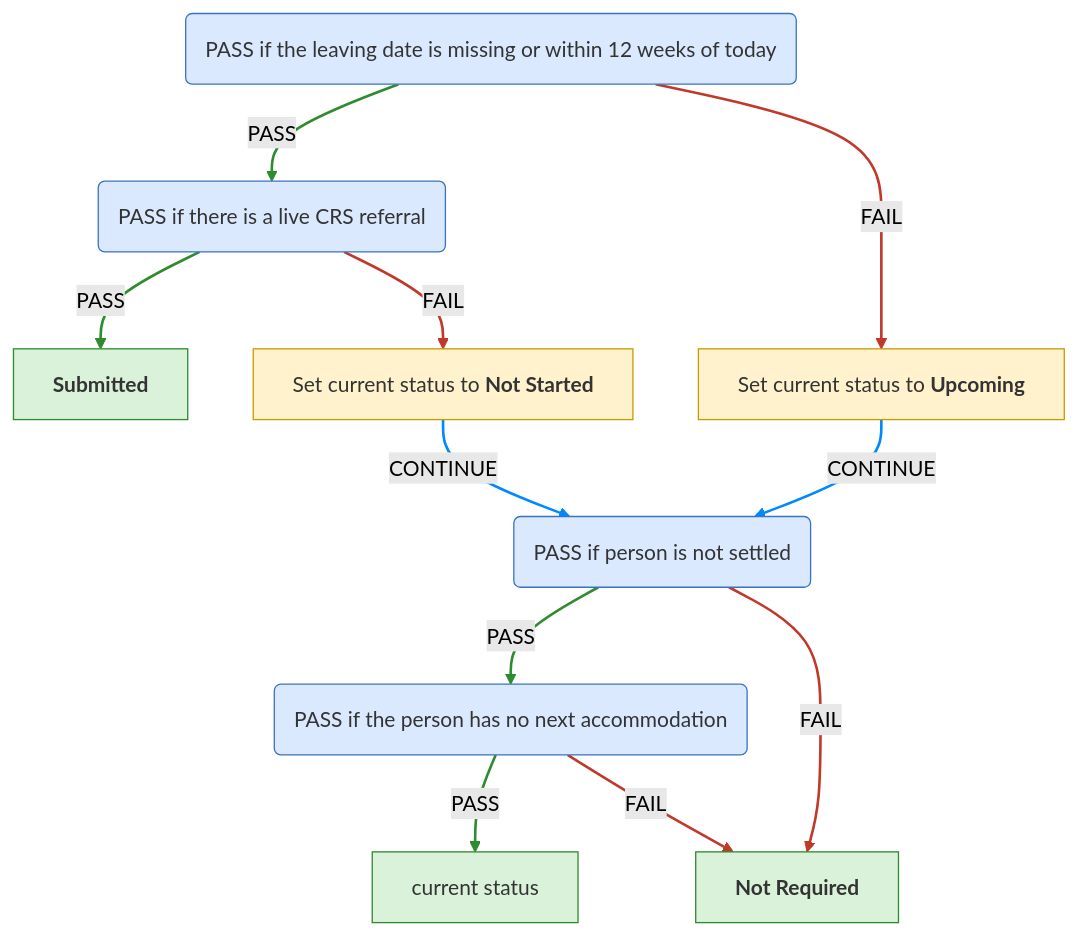
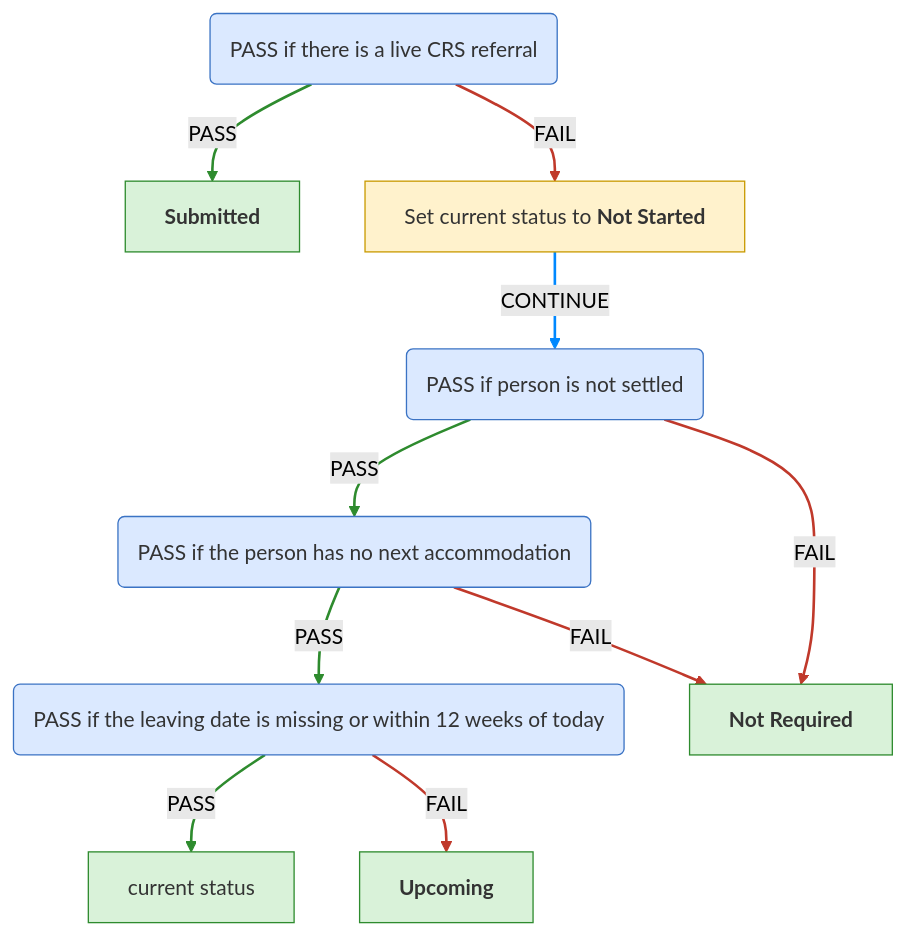
The fourth of 7 diagrams in docs/eligibility-rules-graph.md (ministryofjustice/hmpps-single-accommodation-service-api), drawn with Mermaid (forest theme) before and after one commit. The commit also changed other lines of this file and 26 other files, not shown here.

````diff
--- a/docs/eligibility-rules-graph.md
+++ b/docs/eligibility-rules-graph.md
@@ -644,32 +641,31 @@
 ```mermaid
 %%{init: {"flowchart": {"wrappingWidth": 800}}}%%
 flowchart TD
-  PASS_if_the_leaving_date_is_missing_or_within_12_weeks_of_today("<div style='text-align:left'>PASS if the leaving date is missing or within 12 weeks of today</div>")
   PASS_if_there_is_a_live_CRS_referral("<div style='text-align:left'>PASS if there is a live CRS referral</div>")
   CRS_SUBMITTED["<b>Submitted</b>"]
   PASS_if_person_is_not_settled("<div style='text-align:left'>PASS if person is not settled</div>")
   PASS_if_the_person_has_no_next_accommodation("<div style='text-align:left'>PASS if the person has no next accommodation</div>")
+  PASS_if_the_leaving_date_is_missing_or_within_12_weeks_of_today("<div style='text-align:left'>PASS if the leaving date is missing or within 12 weeks of today</div>")
   confirmed["current status"]
+  outcome_CrsUpcomingContextUpdater["<b>Upcoming</b>"]
   CRS_NOT_REQUIRED["<b>Not Required</b>"]
   updater_CrsStartContextUpdater_PASS_if_person_is_not_settled["Set current status to <b>Not Started</b>"]
-  updater_CrsUpcomingContextUpdater_PASS_if_person_is_not_settled["Set current status to <b>Upcoming</b>"]
   PASS_if_there_is_a_live_CRS_referral -->|PASS| CRS_SUBMITTED
-  PASS_if_the_person_has_no_next_accommodation -->|PASS| confirmed
+  PASS_if_the_leaving_date_is_missing_or_within_12_weeks_of_today -->|PASS| confirmed
+  PASS_if_the_leaving_date_is_missing_or_within_12_weeks_of_today -->|FAIL| outcome_CrsUpcomingContextUpdater
+  PASS_if_the_person_has_no_next_accommodation -->|PASS| PASS_if_the_leaving_date_is_missing_or_within_12_weeks_of_today
   PASS_if_the_person_has_no_next_accommodation -->|FAIL| CRS_NOT_REQUIRED
   PASS_if_person_is_not_settled -->|PASS| PASS_if_the_person_has_no_next_accommodation
   PASS_if_person_is_not_settled -->|FAIL| CRS_NOT_REQUIRED
   PASS_if_there_is_a_live_CRS_referral -->|FAIL| updater_CrsStartContextUpdater_PASS_if_person_is_not_settled
   updater_CrsStartContextUpdater_PASS_if_person_is_not_settled -->|CONTINUE| PASS_if_person_is_not_settled
-  PASS_if_the_leaving_date_is_missing_or_within_12_weeks_of_today -->|PASS| PASS_if_there_is_a_live_CRS_referral
-  PASS_if_the_leaving_date_is_missing_or_within_12_weeks_of_today -->|FAIL| updater_CrsUpcomingContextUpdater_PASS_if_person_is_not_settled
-  updater_CrsUpcomingContextUpdater_PASS_if_person_is_not_settled -->|CONTINUE| PASS_if_person_is_not_settled
-  linkStyle 0,1,3,7 stroke:#2e8b2e,stroke-width:2px
-  linkStyle 2,4,5,8 stroke:#c0392b,stroke-width:2px
-  linkStyle 6,9 stroke:#0088ff,stroke-width:2px
+  linkStyle 0,1,3,5 stroke:#2e8b2e,stroke-width:2px
+  linkStyle 2,4,6,7 stroke:#c0392b,stroke-width:2px
+  linkStyle 8 stroke:#0088ff,stroke-width:2px
   classDef ruleSetNode fill:#dbe9ff,stroke:#3b73c4,color:#333
   classDef outcomeNode fill:#d9f2d9,stroke:#2e8b2e,color:#333
   classDef updaterNode fill:#fff2cc,stroke:#c99a00,color:#333
-  class PASS_if_the_leaving_date_is_missing_or_within_12_weeks_of_today,PASS_if_there_is_a_live_CRS_referral,PASS_if_person_is_not_settled,PASS_if_the_person_has_no_next_accommodation ruleSetNode
-  class CRS_SUBMITTED,confirmed,CRS_NOT_REQUIRED outcomeNode
-  class updater_CrsStartContextUpdater_PASS_if_person_is_not_settled,updater_CrsUpcomingContextUpdater_PASS_if_person_is_not_settled updaterNode
+  class PASS_if_there_is_a_live_CRS_referral,PASS_if_person_is_not_settled,PASS_if_the_person_has_no_next_accommodation,PASS_if_the_leaving_date_is_missing_or_within_12_weeks_of_today ruleSetNode
+  class CRS_SUBMITTED,confirmed,outcome_CrsUpcomingContextUpdater,CRS_NOT_REQUIRED outcomeNode
+  class updater_CrsStartContextUpdater_PASS_if_person_is_not_settled updaterNode
 ```
````
